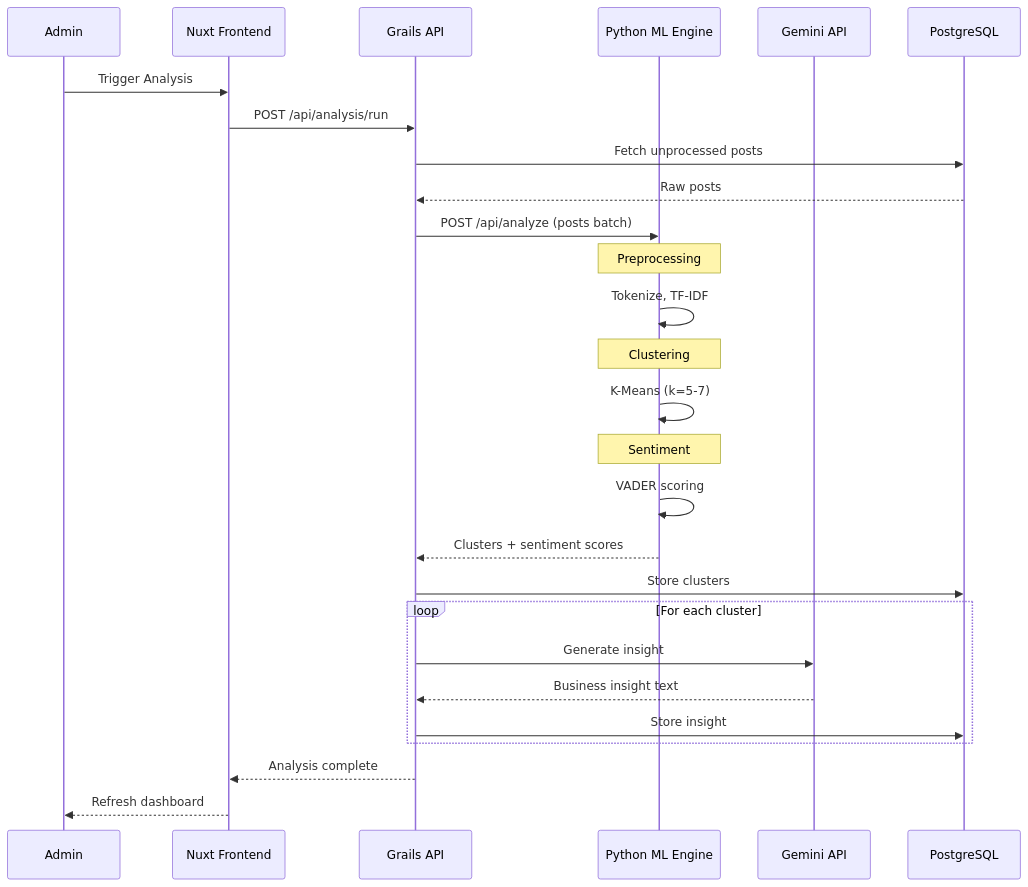
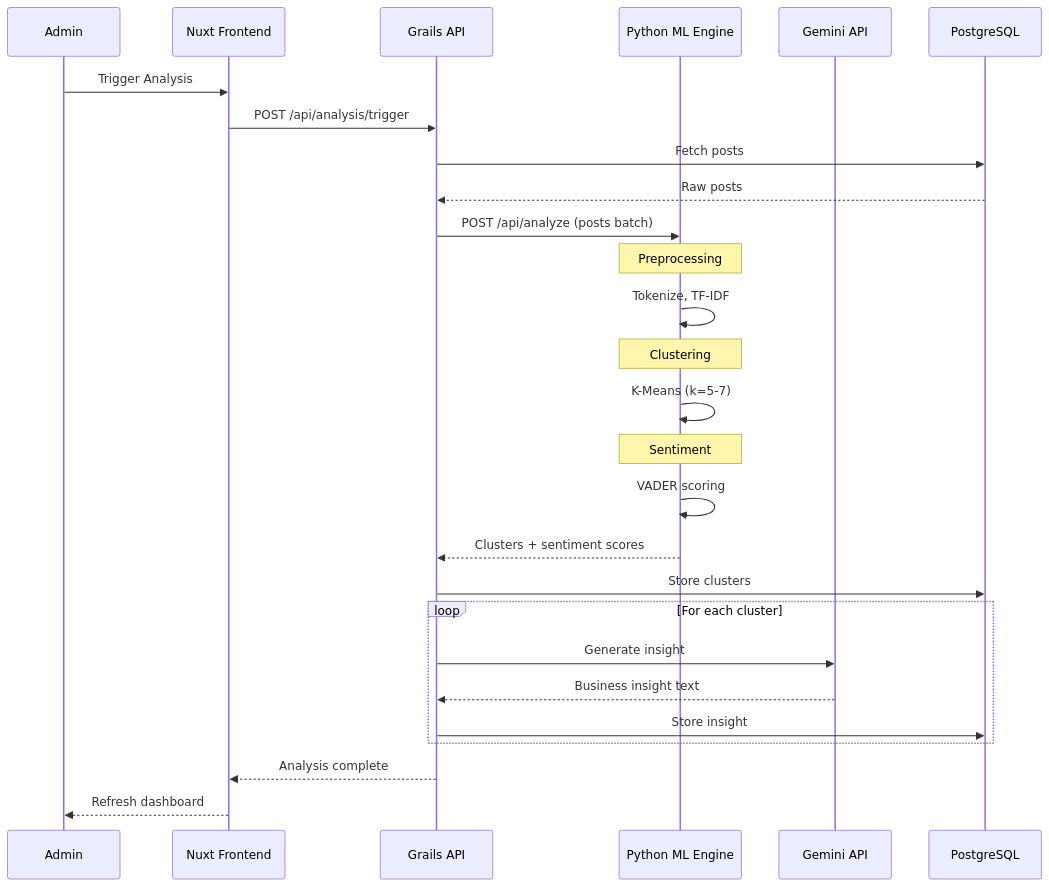
One commit to Bphissles/brand-sentiment-analysis changed the third of 7 diagrams in docs/ARCHITECTURE.md. Above: the diagram before and after it, drawn with Mermaid. The commit also changed other lines of this file and 6 other files, not shown here.

Commit message:
Update documentation to reflect fixture count increase to 90 posts, add LoadingSpinner component, new API endpoints for fixture count and content cleaning, and fix P1 orchestration audit issues in test setup and LoadingSpinner imports

````diff
--- a/docs/ARCHITECTURE.md
+++ b/docs/ARCHITECTURE.md
@@ -114,39 +119,39 @@
 ```mermaid
 sequenceDiagram
     participant Admin
     participant Nuxt as Nuxt Frontend
     participant Grails as Grails API
     participant ML as Python ML Engine
     participant Gemini as Gemini API
     participant DB as PostgreSQL
 
     Admin->>Nuxt: Trigger Analysis
-    Nuxt->>Grails: POST /api/analysis/run
+    Nuxt->>Grails: POST /api/analysis/trigger
 
-    Grails->>DB: Fetch unprocessed posts
+    Grails->>DB: Fetch posts
     DB-->>Grails: Raw posts
 
     Grails->>ML: POST /api/analyze (posts batch)
     
     Note over ML: Preprocessing
     ML->>ML: Tokenize, TF-IDF
 
     Note over ML: Clustering
     ML->>ML: K-Means (k=5-7)
 
     Note over ML: Sentiment
     ML->>ML: VADER scoring
 
     ML-->>Grails: Clusters + sentiment scores
 
     Grails->>DB: Store clusters
     
     loop For each cluster
         Grails->>Gemini: Generate insight
         Gemini-->>Grails: Business insight text
         Grails->>DB: Store insight
     end
 
     Grails-->>Nuxt: Analysis complete
     Nuxt-->>Admin: Refresh dashboard
 ```
````
